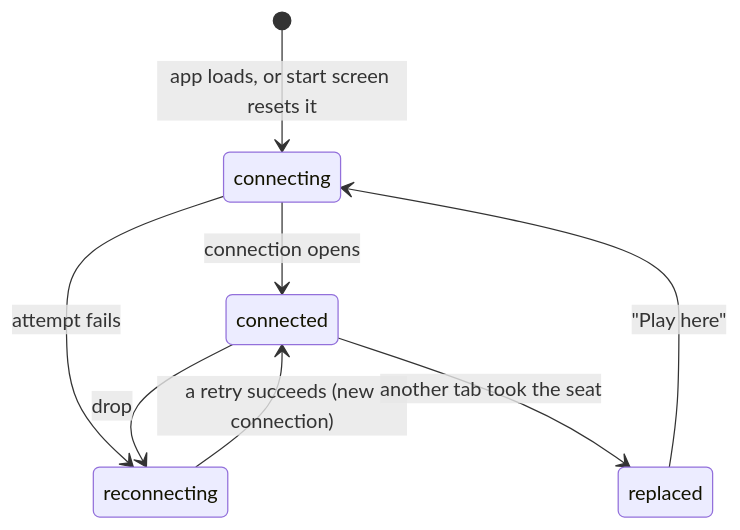
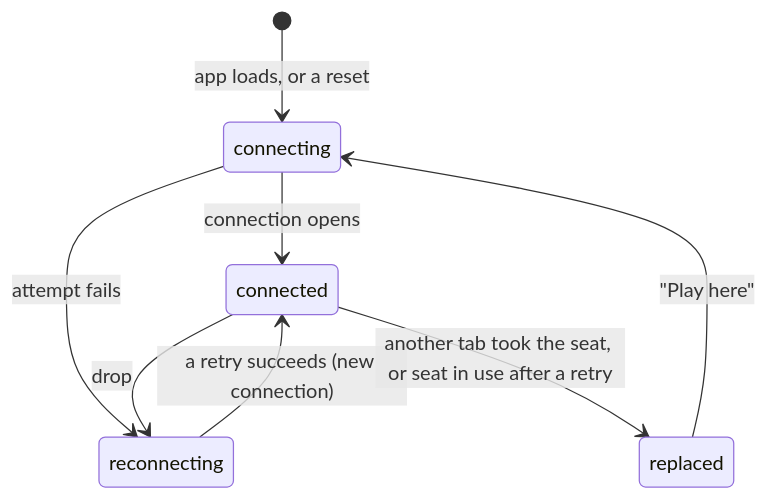
Before and after one commit to howard36/3d-chess: the diagram in product-description/foundations/connection-and-seat.md, drawn with Mermaid. The commit also changed other lines of this file and 12 other files, not shown here.

````diff
--- a/product-description/foundations/connection-and-seat.md
+++ b/product-description/foundations/connection-and-seat.md
@@ -44,10 +57,10 @@
 ```mermaid
 stateDiagram-v2
-    [*] --> connecting : app loads, or start screen resets it
+    [*] --> connecting : app loads, or a reset
     connecting --> connected : connection opens
     connecting --> reconnecting : attempt fails
     connected --> reconnecting : drop
     reconnecting --> connected : a retry succeeds (new connection)
-    connected --> replaced : another tab took the seat
+    connected --> replaced : another tab took the seat, or seat in use after a retry
     replaced --> connecting : "Play here"
 ```
````
